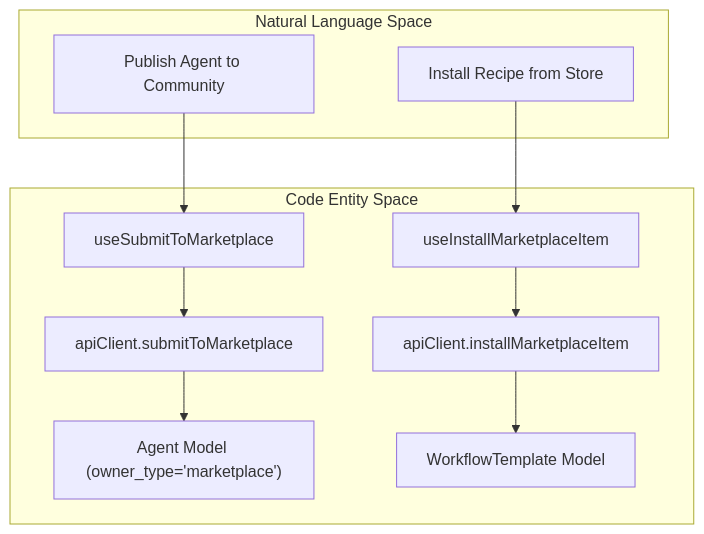
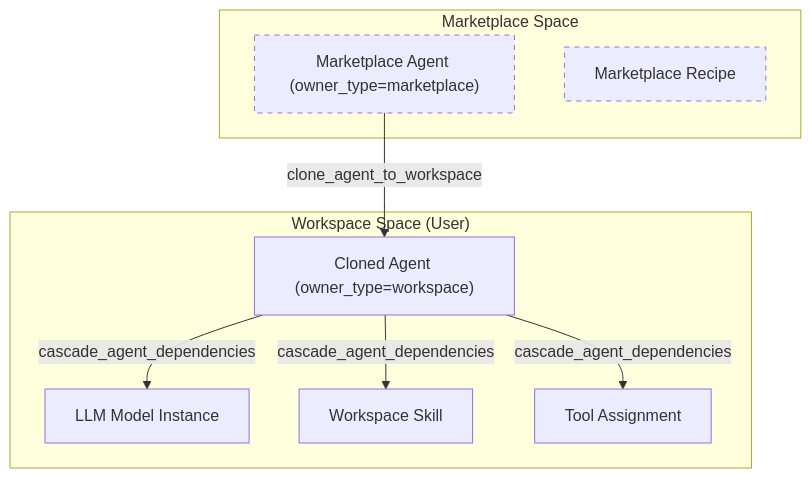
Before and after one commit to AutomatosAI/automatos-ai: the second of 2 diagrams in docs/community-marketplace/publishing-to-marketplace.md, drawn with Mermaid. The commit also changed other lines of this file and 153 other files, not shown here.

````diff
--- a/docs/community-marketplace/publishing-to-marketplace.md
+++ b/docs/community-marketplace/publishing-to-marketplace.md
@@ -108,24 +92,22 @@
 ```mermaid
 graph TD
-    subgraph "Natural Language Space"
-        Publish["Publish Agent to Community"]
-        Install["Install Recipe from Store"]
+    subgraph "Marketplace Space"
+        MA["Marketplace Agent (owner_type=marketplace)"]
+        MR["Marketplace Recipe"]
     end
 
-    subgraph "Code Entity Space"
-        HookSub["useSubmitToMarketplace"]
-        HookInst["useInstallMarketplaceItem"]
-        APISub["apiClient.submitToMarketplace"]
-        APIInst["apiClient.installMarketplaceItem"]
-        ModelAgent["Agent Model (owner_type='marketplace')"]
-        ModelRecipe["WorkflowTemplate Model"]
+    subgraph "Workspace Space (User)"
+        WA["Cloned Agent (owner_type=workspace)"]
+        WM["LLM Model Instance"]
+        WS["Workspace Skill"]
+        WT["Tool Assignment"]
     end
 
-    Publish --> HookSub
-    HookSub --> APISub
-    APISub --> ModelAgent
-    
-    Install --> HookInst
-    HookInst --> APIInst
-    APIInst --> ModelRecipe
+    MA -->|clone_agent_to_workspace| WA
+    WA -->|cascade_agent_dependencies| WM
+    WA -->|cascade_agent_dependencies| WS
+    WA -->|cascade_agent_dependencies| WT
+
+    style MA stroke-dasharray: 5 5
+    style MR stroke-dasharray: 5 5
 ```
````
